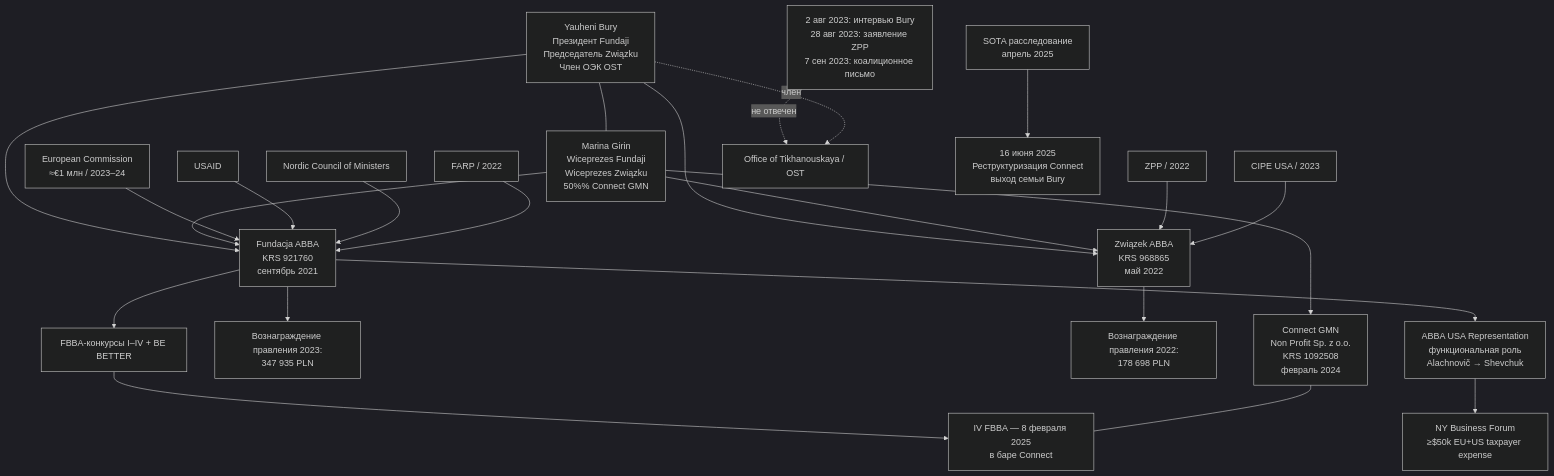
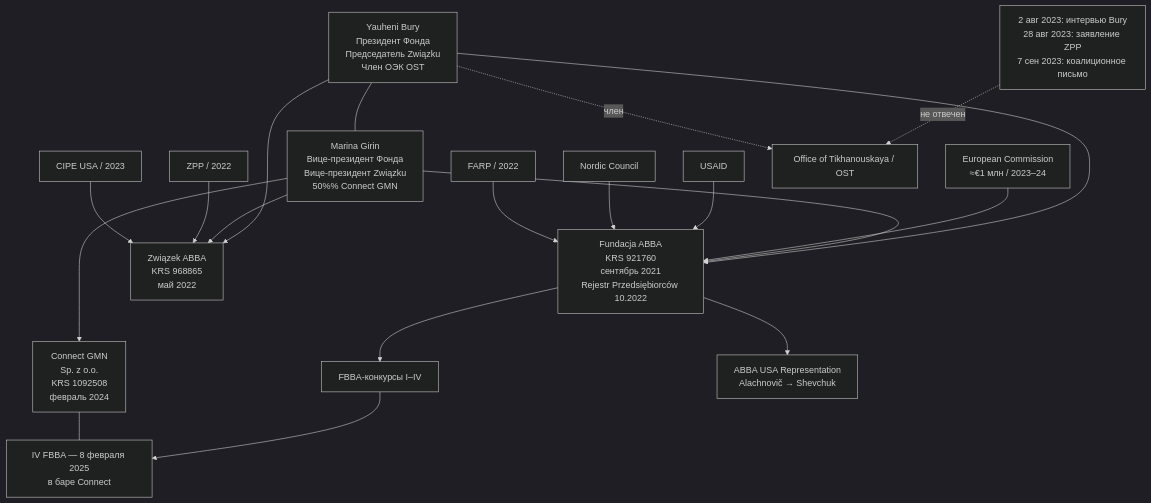
The diagram in docs/investigations/abba.md (belarustransparency/belarus-transparency), drawn with Mermaid (dark theme) before and after one commit. The commit also changed other lines of this file, not shown here.

````diff
--- a/docs/investigations/abba.md
+++ b/docs/investigations/abba.md
@@ -69,34 +69,28 @@
 ```mermaid
 graph TD
-    BURY[Yauheni Bury<br/>Президент Fundaji<br/>Председатель Związku<br/>Член ОЭК OST]
-    GIRIN[Marina Girin<br/>Wiceprezes Fundaji<br/>Wiceprezes Związku<br/>50%% Connect GMN]
+    BURY[Yauheni Bury<br/>Президент Фонда<br/>Председатель Związku<br/>Член ОЭК OST]
+    GIRIN[Marina Girin<br/>Вице-президент Фонда<br/>Вице-президент Związku<br/>50%% Connect GMN]
     BURY --- GIRIN
 
-    BURY --> FUND[Fundacja ABBA<br/>KRS 921760<br/>сентябрь 2021]
+    BURY --> FUND[Fundacja ABBA<br/>KRS 921760<br/>сентябрь 2021<br/>Rejestr Przedsiębiorców 10.2022]
     GIRIN --> FUND
     BURY --> ZWIAZ[Związek ABBA<br/>KRS 968865<br/>май 2022]
     GIRIN --> ZWIAZ
-    GIRIN --> CONN[Connect GMN<br/>Non Profit Sp. z o.o.<br/>KRS 1092508<br/>февраль 2024]
+    GIRIN --> CONN[Connect GMN<br/>Sp. z o.o.<br/>KRS 1092508<br/>февраль 2024]
 
     EC[European Commission<br/>≈€1 млн / 2023–24] --> FUND
     USAID --> FUND
-    NORDIC[Nordic Council of Ministers] --> FUND
+    NORDIC[Nordic Council] --> FUND
     ZPP_2022[ZPP / 2022] --> ZWIAZ
     CIPE[CIPE USA / 2023] --> ZWIAZ
     FARP[FARP / 2022] --> FUND
 
-    FUND --> COMP_2023[Вознаграждение правления 2023:<br/>347 935 PLN]
-    ZWIAZ --> COMP_2022[Вознаграждение правления 2022:<br/>178 698 PLN]
-
-    FUND --> FBBA[FBBA-конкурсы I–IV + BE BETTER]
+    FUND --> FBBA[FBBA-конкурсы I–IV]
     FBBA --> CONN_VENUE[IV FBBA — 8 февраля 2025<br/>в баре Connect]
     CONN --- CONN_VENUE
 
-    FUND --> USA[ABBA USA Representation<br/>функциональная роль<br/>Alachnovič → Shevchuk]
-    USA --> NY[NY Business Forum<br/>≥$50k EU+US taxpayer expense]
+    FUND --> USA[ABBA USA Representation<br/>Alachnovič → Shevchuk]
 
     CONFLICT[2 авг 2023: интервью Bury<br/>28 авг 2023: заявление ZPP<br/>7 сен 2023: коалиционное письмо] -.не отвечен.-> OPK[Office of Tikhanouskaya / OST]
     BURY -.член.-> OPK
-
-    SOTA[SOTA расследование<br/>апрель 2025] --> CONN_RESTRUCT[16 июня 2025<br/>Реструктуризация Connect<br/>выход семьи Bury]
 ```
````
